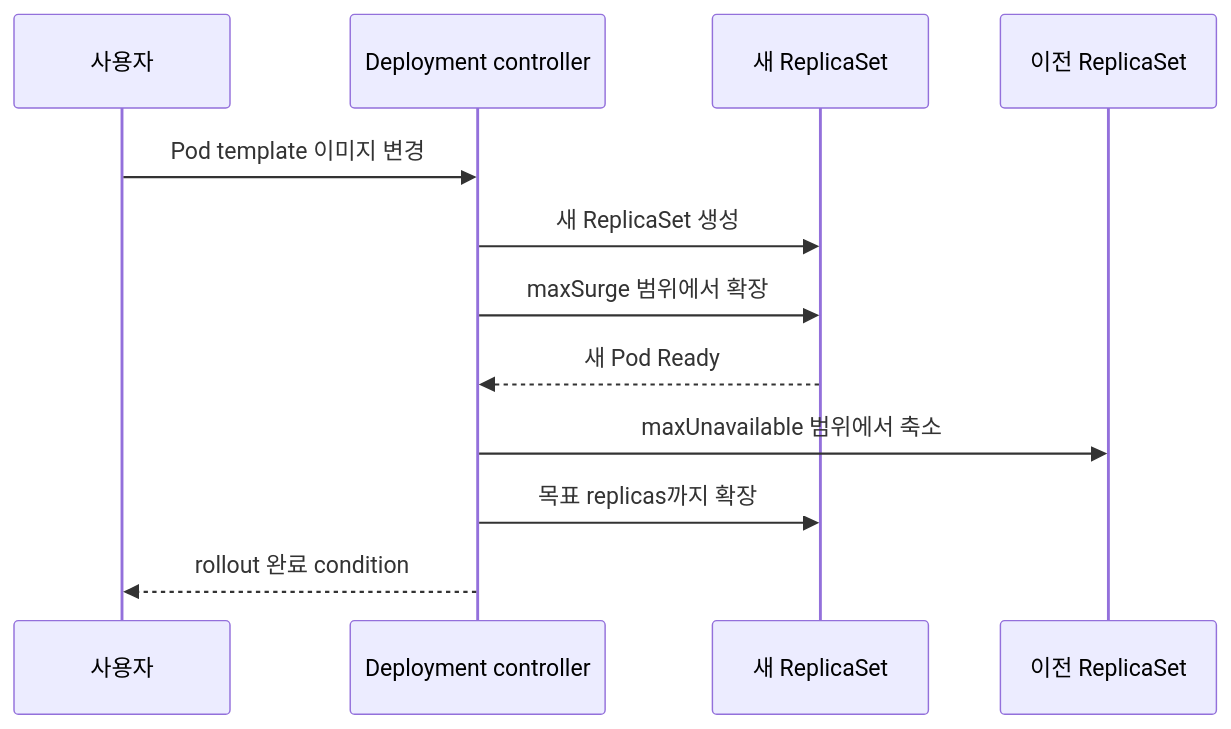
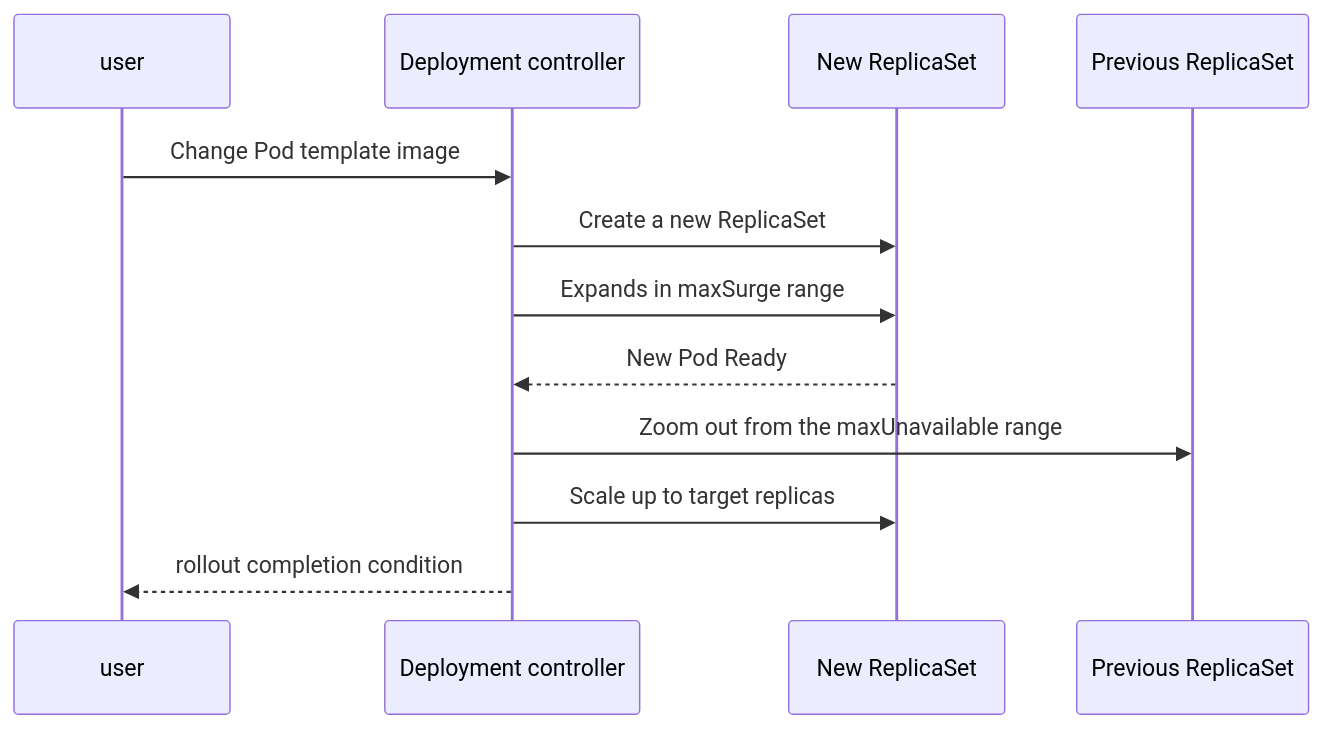
One commit to nohdol97/nohdol-study changed the third of 3 diagrams in docs-site/content/kubernetes/04-pods-and-workloads.md. Above: the diagram before and after it, drawn with Mermaid. The commit also changed other lines of this file and 116 other files, not shown here.

````diff
--- a/docs-site/content/kubernetes/04-pods-and-workloads.md
+++ b/docs-site/content/kubernetes/04-pods-and-workloads.md
@@ -69,14 +69,14 @@
 ```mermaid
 sequenceDiagram
-    participant U as 사용자
+    participant U as user
     participant D as Deployment controller
-    participant N as 새 ReplicaSet
-    participant O as 이전 ReplicaSet
-    U->>D: Pod template 이미지 변경
-    D->>N: 새 ReplicaSet 생성
-    D->>N: maxSurge 범위에서 확장
-    N-->>D: 새 Pod Ready
-    D->>O: maxUnavailable 범위에서 축소
-    D->>N: 목표 replicas까지 확장
-    D-->>U: rollout 완료 condition
+    participant N as New ReplicaSet
+    participant O as Previous ReplicaSet
+    U->>D: Change Pod template image
+    D->>N: Create a new ReplicaSet
+    D->>N: Expands in maxSurge range
+    N-->>D: New Pod Ready
+    D->>O: Zoom out from the maxUnavailable range
+    D->>N: Scale up to target replicas
+    D-->>U: rollout completion condition
 ```
````
